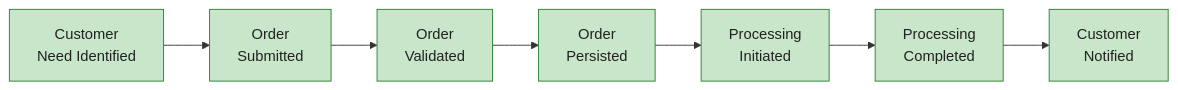
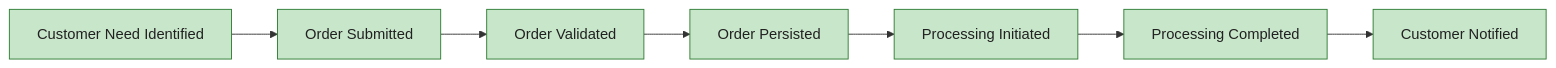
One commit to Evilazaro/Azure-LogicApps-Monitoring changed the second of 4 diagrams in docs/architecture/01-business-architecture.md. Above: the diagram before and after it, drawn with Mermaid. The commit also changed other lines of this file and 1 other file, not shown here.

Commit message:
Refactor architecture diagrams for improved clarity and consistency in color coding

````diff
--- a/docs/architecture/01-business-architecture.md
+++ b/docs/architecture/01-business-architecture.md
@@ -93,16 +106,16 @@
 ```mermaid
 flowchart LR
-    VS1[Customer<br/>Need Identified]
-    VS2[Order<br/>Submitted]
-    VS3[Order<br/>Validated]
-    VS4[Order<br/>Persisted]
-    VS5[Processing<br/>Initiated]
-    VS6[Processing<br/>Completed]
-    VS7[Customer<br/>Notified]
+    VS1[Customer Need Identified]
+    VS2[Order Submitted]
+    VS3[Order Validated]
+    VS4[Order Persisted]
+    VS5[Processing Initiated]
+    VS6[Processing Completed]
+    VS7[Customer Notified]
 
     VS1 --> VS2 --> VS3 --> VS4 --> VS5 --> VS6 --> VS7
 
     classDef stage fill:#C8E6C9,stroke:#2E7D32,color:#212121
 
     class VS1,VS2,VS3,VS4,VS5,VS6,VS7 stage
 ```
````
